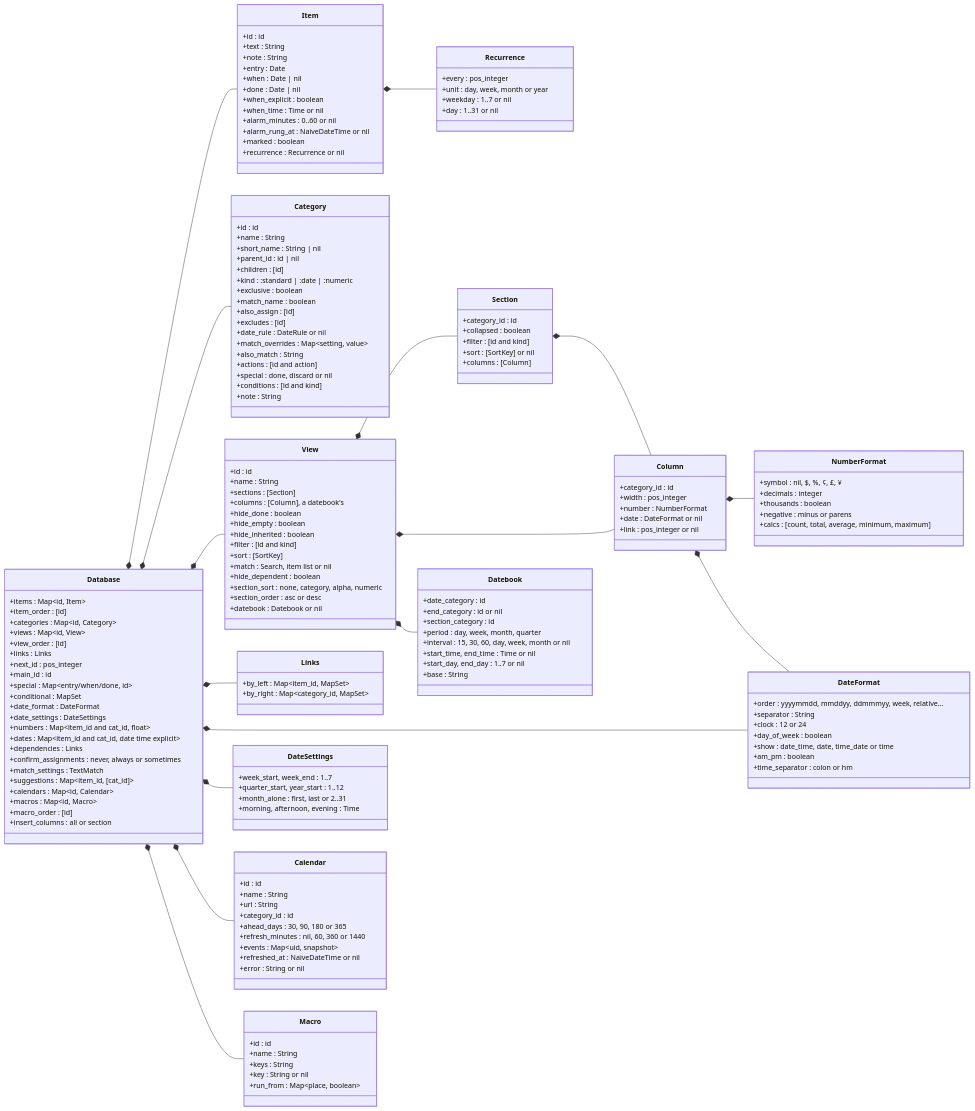
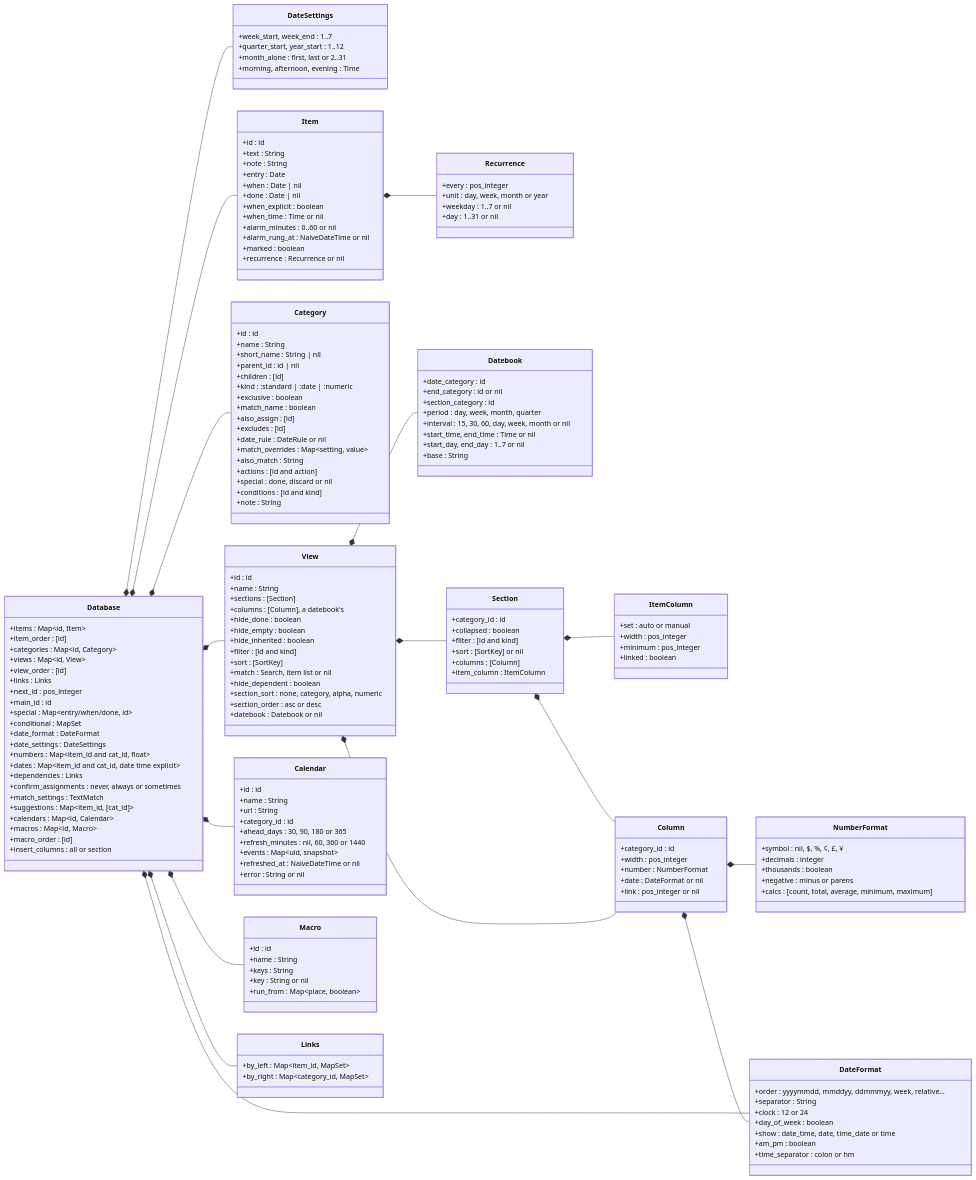
One commit to jamting/agendum changed the second of 6 diagrams in docs/DATA_MODEL.md. Above: the diagram before and after it, drawn with Mermaid. The commit also changed other lines of this file and 25 other files, not shown here.

First line of the commit message:
Item Column Properties: each section's item column, automatic or by hand, linked (R55)

```diff
--- a/docs/DATA_MODEL.md
+++ b/docs/DATA_MODEL.md
@@ -252,6 +253,13 @@
         +filter : [id and kind]
         +sort : [SortKey] or nil
         +columns : [Column]
+        +item_column : ItemColumn
+    }
+    class ItemColumn {
+        +set : auto or manual
+        +width : pos_integer
+        +minimum : pos_integer
+        +linked : boolean
     }
     class Column {
         +category_id : id
@@ -300,6 +308,7 @@
     Database *-- Macro
     View *-- Section
     Section *-- Column
+    Section *-- ItemColumn
     View *-- Column
     View *-- Datebook
     Column *-- NumberFormat
```
